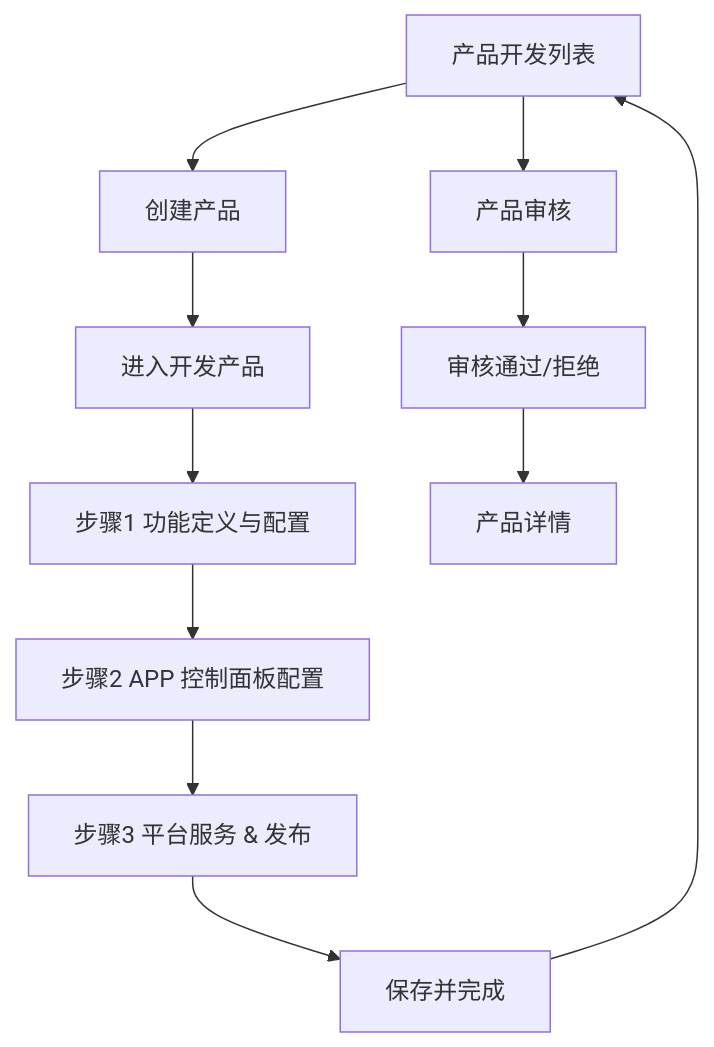
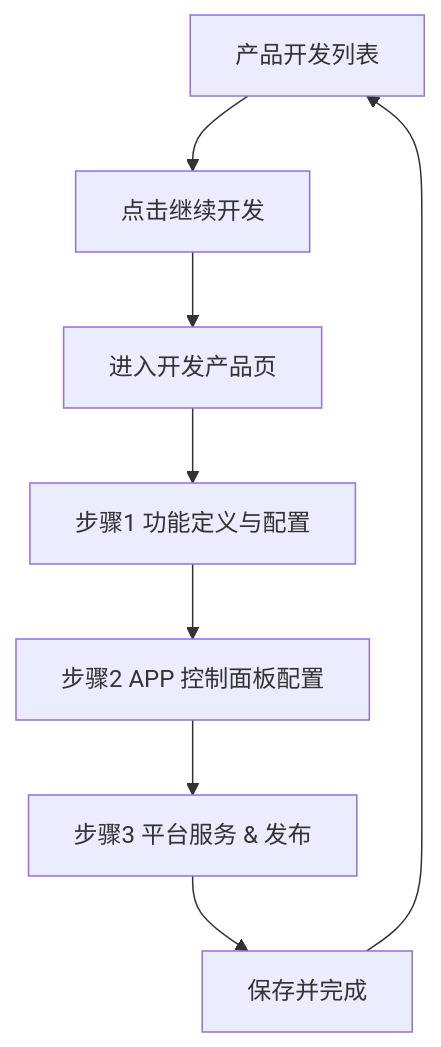
One commit to hongtao-l/platform changed the fourth of 6 diagrams in docs/prd_full/生态平台物模型重构/生态平台物模型重构03PRD.md. Above: the diagram before and after it, drawn with Mermaid. The commit also changed other lines of this file and 6 other files, not shown here.

````diff
--- a/docs/prd_full/生态平台物模型重构/生态平台物模型重构03PRD.md
+++ b/docs/prd_full/生态平台物模型重构/生态平台物模型重构03PRD.md
@@ -155,13 +152,10 @@
 ```mermaid
 flowchart TD
-    A[产品开发列表] --> B[创建产品]
-    B --> C[进入开发产品]
+    A[产品开发列表] --> B[点击继续开发]
+    B --> C[进入开发产品页]
     C --> D[步骤1 功能定义与配置]
     D --> E[步骤2 APP 控制面板配置]
     E --> F[步骤3 平台服务 & 发布]
     F --> G[保存并完成]
     G --> A
-    A --> H[产品审核]
-    H --> I[审核通过/拒绝]
-    I --> J[产品详情]
 ```
````
